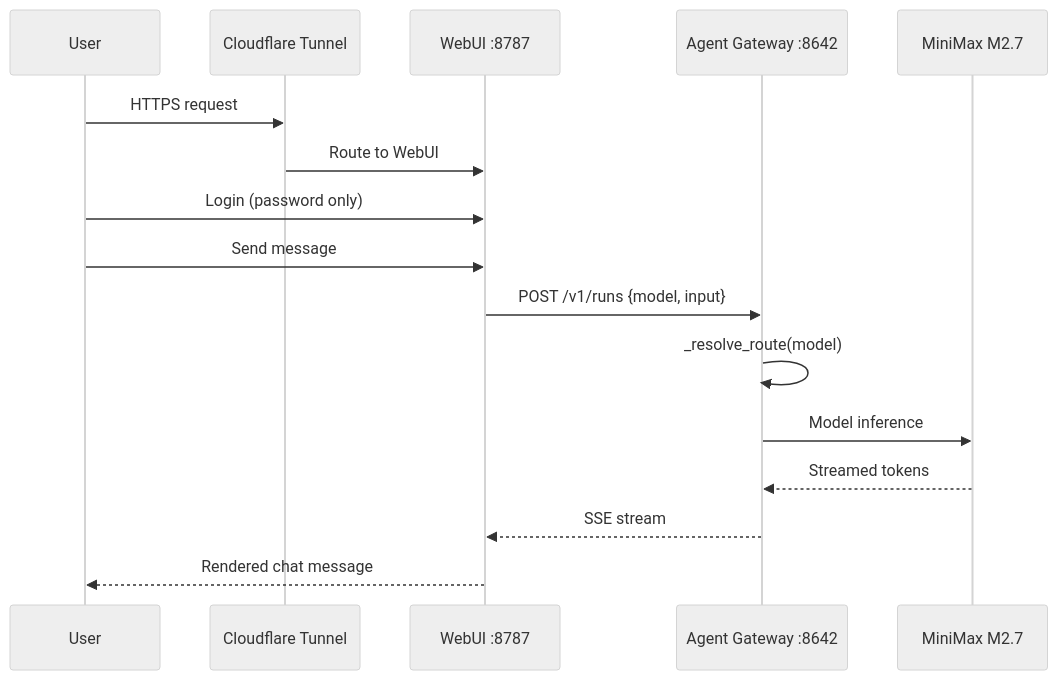
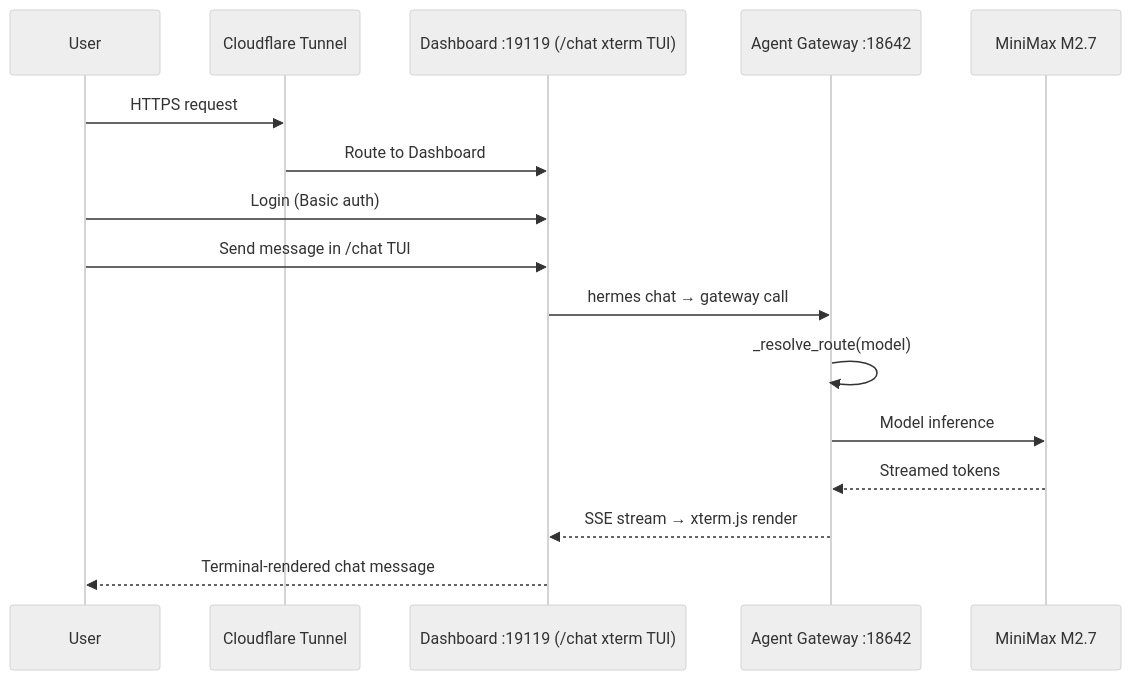
Before and after one commit to WOOWTECH/Woow_podman_hermes: the third of 5 diagrams in README.md, drawn with Mermaid (neutral theme). The commit also changed other lines of this file and 43 other files, not shown here.

````diff
--- a/README.md
+++ b/README.md
@@ -193,19 +179,19 @@
 ```mermaid
 sequenceDiagram
     participant U as User
     participant CF as Cloudflare Tunnel
-    participant WUI as WebUI :8787
-    participant GW as Agent Gateway :8642
+    participant DASH as Dashboard :19119 (/chat xterm TUI)
+    participant GW as Agent Gateway :18642
     participant LLM as MiniMax M2.7
 
     U->>CF: HTTPS request
-    CF->>WUI: Route to WebUI
-    U->>WUI: Login (password only)
-    U->>WUI: Send message
-    WUI->>GW: POST /v1/runs {model, input}
+    CF->>DASH: Route to Dashboard
+    U->>DASH: Login (Basic auth)
+    U->>DASH: Send message in /chat TUI
+    DASH->>GW: hermes chat → gateway call
     GW->>GW: _resolve_route(model)
     GW->>LLM: Model inference
     LLM-->>GW: Streamed tokens
-    GW-->>WUI: SSE stream
-    WUI-->>U: Rendered chat message
+    GW-->>DASH: SSE stream → xterm.js render
+    DASH-->>U: Terminal-rendered chat message
 ```
````
